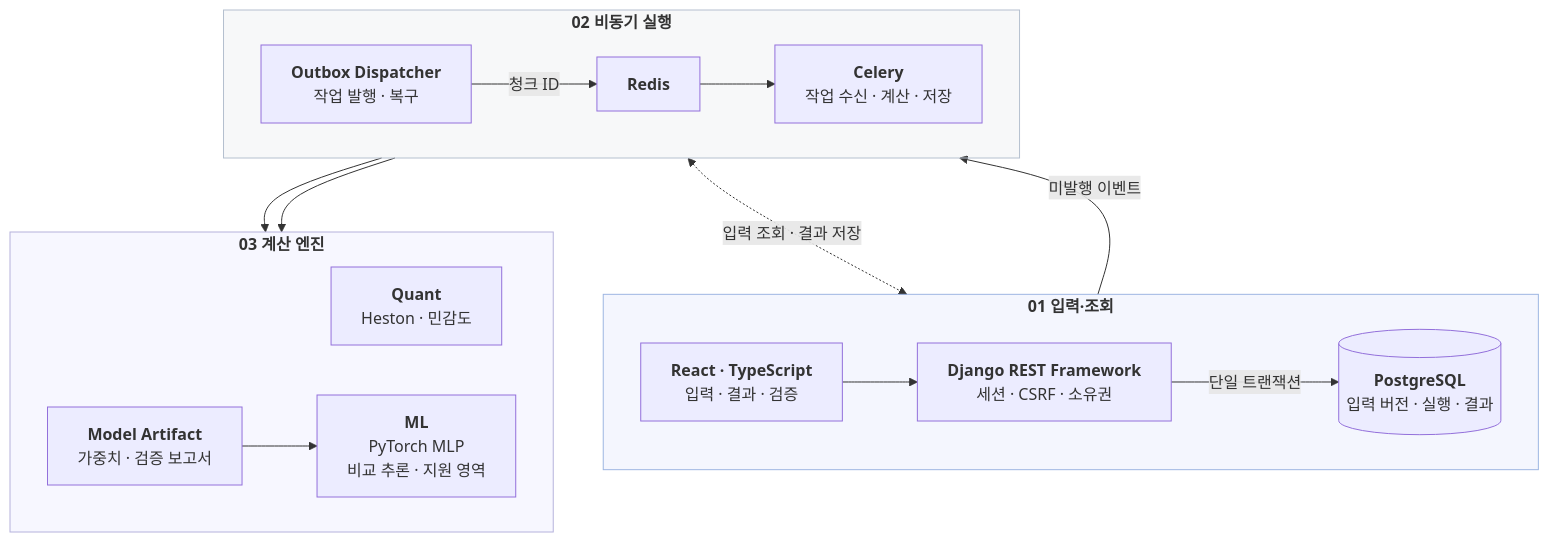
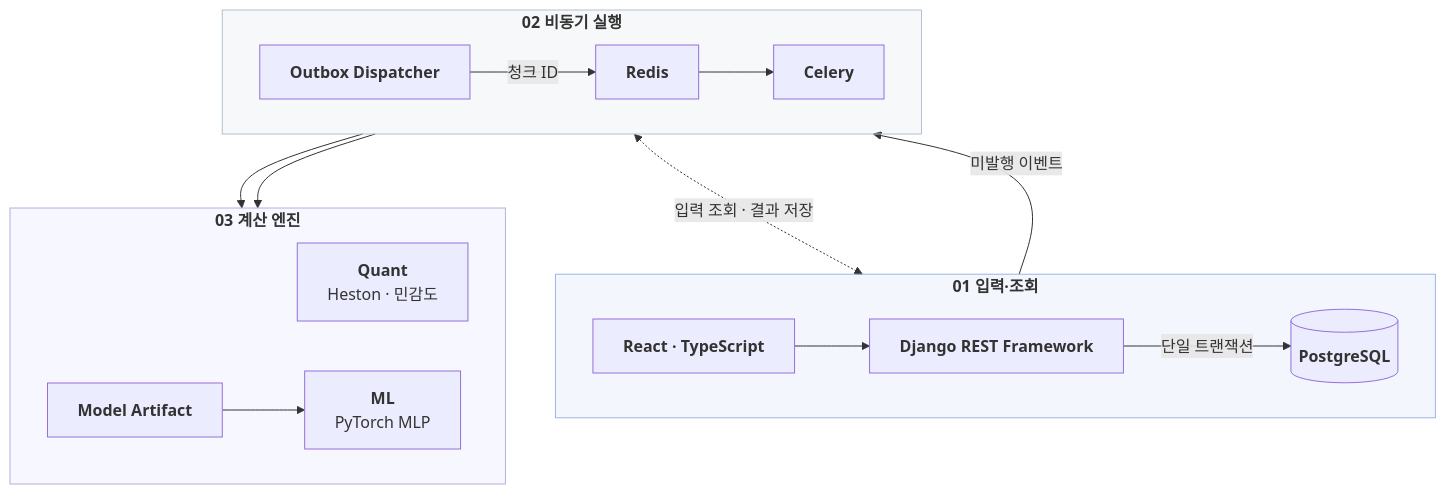
The diagram in README.md (limbj/option-risk-platform), drawn with Mermaid before and after one commit.

Commit message:
Trim redundant execution diagram descriptions

````diff
--- a/README.md
+++ b/README.md
@@ -49,28 +49,28 @@
 ```mermaid
 flowchart TB
     subgraph HTTP["<b>01 입력·조회</b>"]
         direction LR
-        UI["<b>React · TypeScript</b><br/>입력 · 결과 · 검증"] --> API["<b>Django REST Framework</b><br/>세션 · CSRF · 소유권"]
-        API -->|단일 트랜잭션| DB[("<b>PostgreSQL</b><br/>입력 버전 · 실행 · 결과")]
+        UI["<b>React · TypeScript</b>"] --> API["<b>Django REST Framework</b>"]
+        API -->|단일 트랜잭션| DB[("<b>PostgreSQL</b>")]
     end
     subgraph JOBS["<b>02 비동기 실행</b>"]
         direction LR
-        DIS["<b>Outbox Dispatcher</b><br/>작업 발행 · 복구"] -->|청크 ID| RED["<b>Redis</b>"]
-        RED --> WORK["<b>Celery</b><br/>작업 수신 · 계산 · 저장"]
+        DIS["<b>Outbox Dispatcher</b>"] -->|청크 ID| RED["<b>Redis</b>"]
+        RED --> WORK["<b>Celery</b>"]
     end
     subgraph ENGINE["<b>03 계산 엔진</b>"]
         direction LR
         QUANT["<b>Quant</b><br/>Heston · 민감도"]
-        ML["<b>ML</b><br/>PyTorch MLP<br/>비교 추론 · 지원 영역"]
-        ART["<b>Model Artifact</b><br/>가중치 · 검증 보고서"] --> ML
+        ML["<b>ML</b><br/>PyTorch MLP"]
+        ART["<b>Model Artifact</b>"] --> ML
     end
     DB -->|미발행 이벤트| DIS
     WORK <-.->|입력 조회 · 결과 저장| DB
     WORK --> QUANT
     WORK --> ML
     WORK ~~~ ART
 
     style HTTP fill:#315ae80d,stroke:#9db6e2
     style JOBS fill:#64748b0d,stroke:#b5c0cf
     style ENGINE fill:#6366f10d,stroke:#b5b2dc
 ```
````
